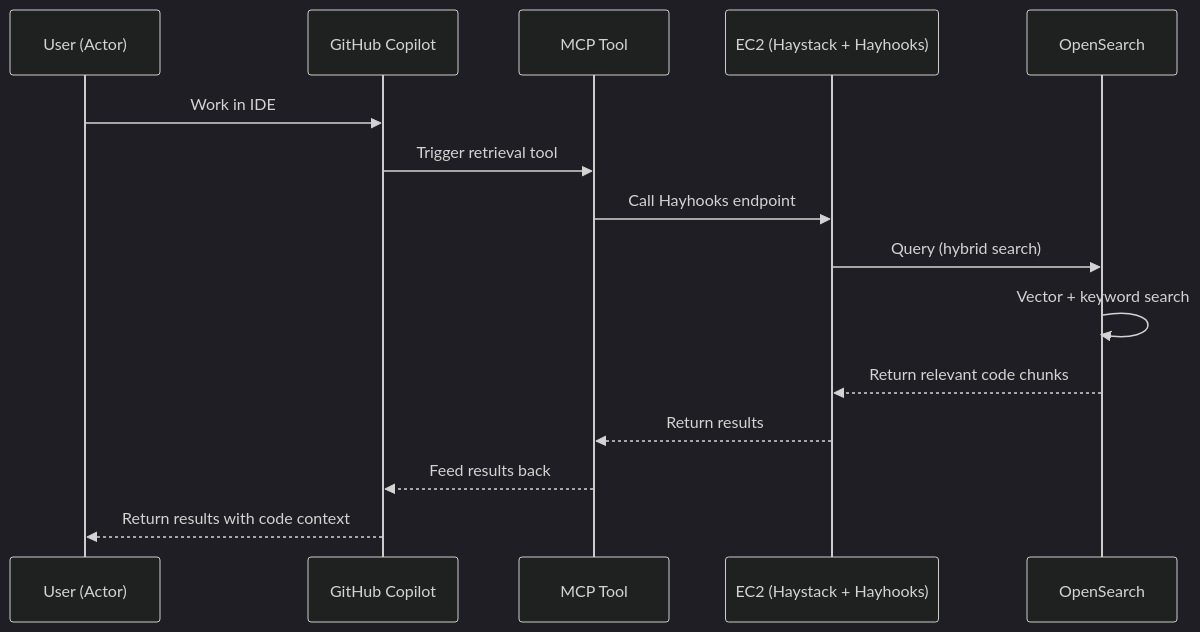
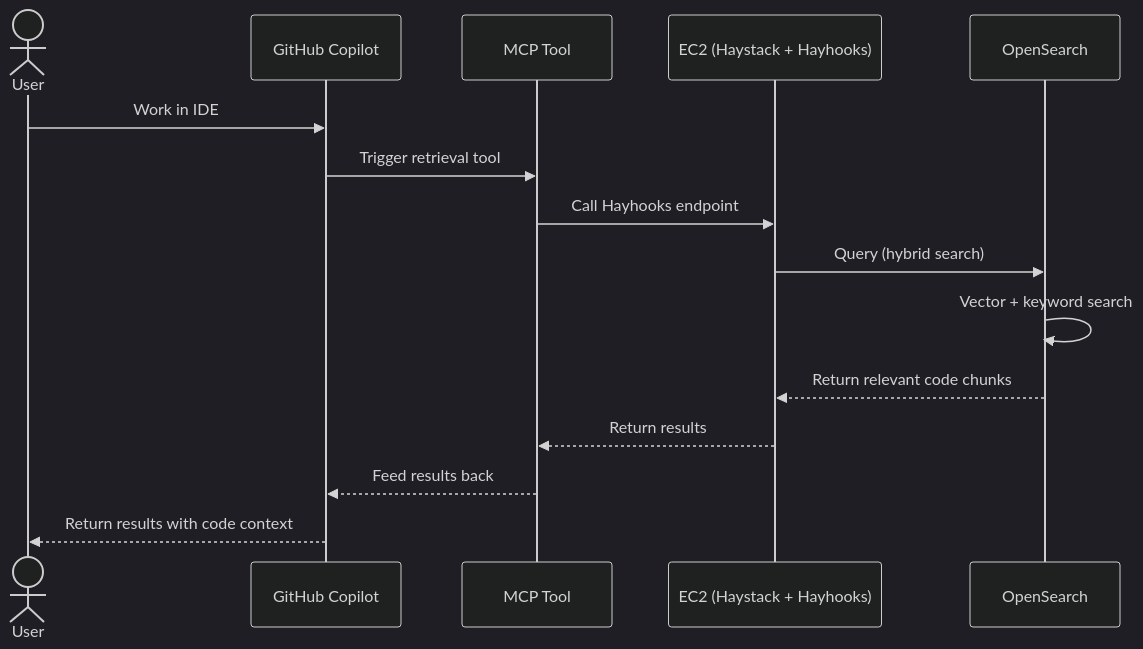
One commit to Billliu1993/code-rag-spike changed the diagram in design/retrieval-pipeline.md. Above: the diagram before and after it, drawn with Mermaid (dark theme).

Commit message:
fix: update sequence diagram syntax for clarity in retrieval pipeline documentation

````diff
--- a/design/retrieval-pipeline.md
+++ b/design/retrieval-pipeline.md
@@ -5,18 +5,18 @@
 ```mermaid
 sequenceDiagram
-    participant User as User (Actor)
+    Actor User as User
     participant Copilot as GitHub Copilot
     participant MCP as MCP Tool
     participant EC2 as EC2 (Haystack + Hayhooks)
     participant OS as OpenSearch
 
     User->>Copilot: Work in IDE
     Copilot->>MCP: Trigger retrieval tool
     MCP->>EC2: Call Hayhooks endpoint
     EC2->>OS: Query (hybrid search)
     OS->>OS: Vector + keyword search
     OS-->>EC2: Return relevant code chunks
     EC2-->>MCP: Return results
     MCP-->>Copilot: Feed results back
     Copilot-->>User: Return results with code context
 ```
````
